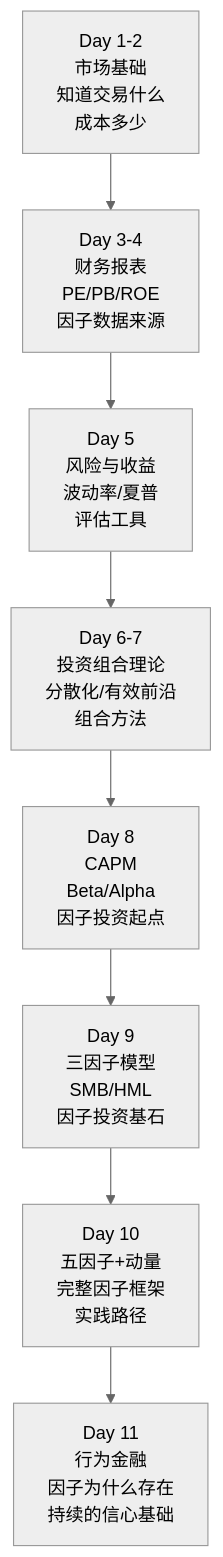
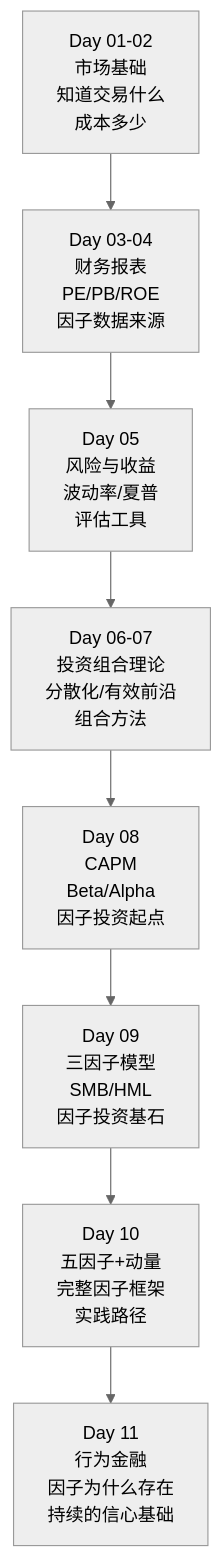
One commit to cxmokai/factor-investing-study changed the fifth of 5 diagrams in 金融基础/讲义/Day11-行为金融与因子的关系.md. Above: the diagram before and after it, drawn with Mermaid (neutral theme). The commit also changed other lines of this file and 16 other files, not shown here.

````diff
--- a/金融基础/讲义/Day11-行为金融与因子的关系.md
+++ b/金融基础/讲义/Day11-行为金融与因子的关系.md
@@ -455,10 +455,10 @@
 ```mermaid
 graph TD
-    A["Day 1-2<br>市场基础<br>知道交易什么<br>成本多少"] --> B["Day 3-4<br>财务报表<br>PE/PB/ROE<br>因子数据来源"]
-    B --> C["Day 5<br>风险与收益<br>波动率/夏普<br>评估工具"]
-    C --> D["Day 6-7<br>投资组合理论<br>分散化/有效前沿<br>组合方法"]
-    D --> E["Day 8<br>CAPM<br>Beta/Alpha<br>因子投资起点"]
-    E --> F["Day 9<br>三因子模型<br>SMB/HML<br>因子投资基石"]
+    A["Day 01-02<br>市场基础<br>知道交易什么<br>成本多少"] --> B["Day 03-04<br>财务报表<br>PE/PB/ROE<br>因子数据来源"]
+    B --> C["Day 05<br>风险与收益<br>波动率/夏普<br>评估工具"]
+    C --> D["Day 06-07<br>投资组合理论<br>分散化/有效前沿<br>组合方法"]
+    D --> E["Day 08<br>CAPM<br>Beta/Alpha<br>因子投资起点"]
+    E --> F["Day 09<br>三因子模型<br>SMB/HML<br>因子投资基石"]
     F --> G["Day 10<br>五因子+动量<br>完整因子框架<br>实践路径"]
     G --> H["Day 11<br>行为金融<br>因子为什么存在<br>持续的信心基础"]
 ```
````
